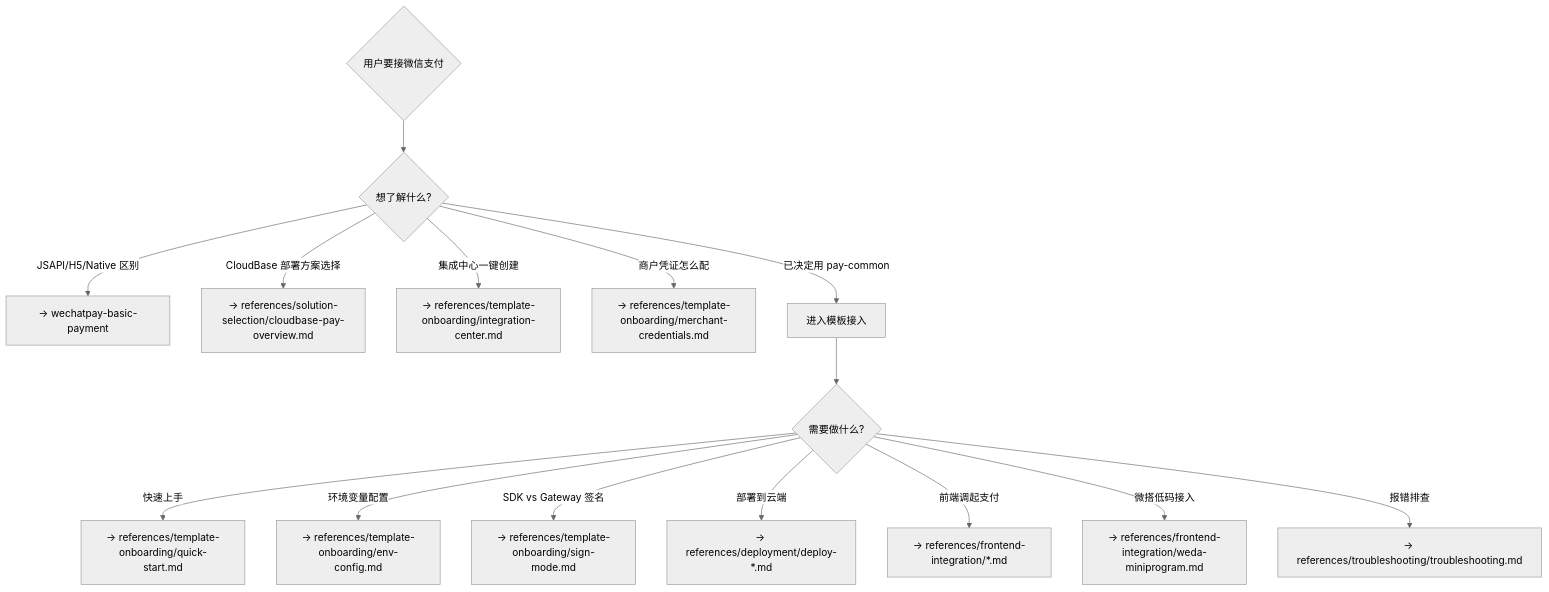
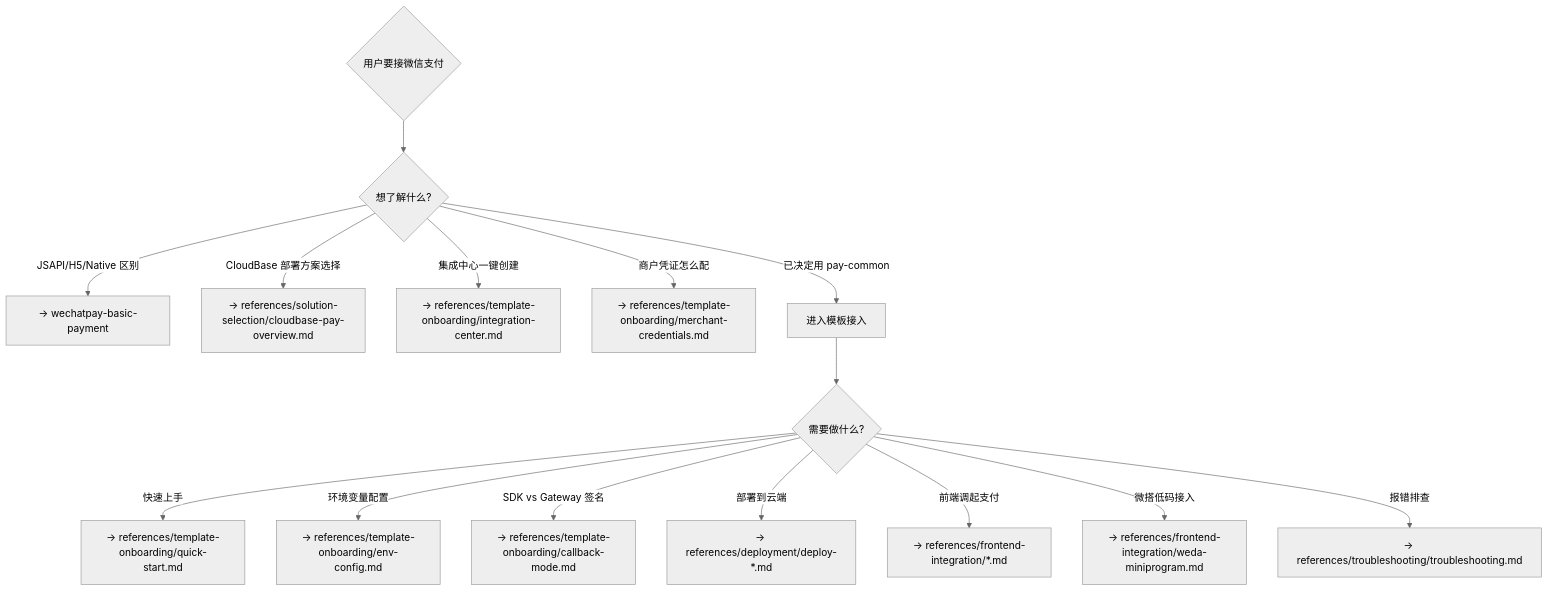
Before and after one commit to TencentCloudBase/awesome-cloudbase-examples: the diagram in integration/cloudbase-wx-pay/skill/cloudbase-wechatpay/SKILL.md, drawn with Mermaid (neutral theme). The commit also changed other lines of this file and 31 other files, not shown here.

First line of the commit message:
refactor(cloudbase-wx-pay): 删除 signMode，回调由谁验签只认平台注入的 notifyURLCallbackType

````diff
--- a/integration/cloudbase-wx-pay/skill/cloudbase-wechatpay/SKILL.md
+++ b/integration/cloudbase-wx-pay/skill/cloudbase-wechatpay/SKILL.md
@@ -79,17 +79,17 @@
 ```mermaid
 graph TD
     A{用户要接微信支付} --> B{想了解什么?}
     B -->|JSAPI/H5/Native 区别| C[→ wechatpay-basic-payment]
     B -->|CloudBase 部署方案选择| D[→ references/solution-selection/cloudbase-pay-overview.md]
     B -->|集成中心一键创建| IC[→ references/template-onboarding/integration-center.md]
     B -->|商户凭证怎么配| M[→ references/template-onboarding/merchant-credentials.md]
     B -->|已决定用 pay-common| E[进入模板接入]
     E --> F{需要做什么?}
     F -->|快速上手| G[→ references/template-onboarding/quick-start.md]
     F -->|环境变量配置| H[→ references/template-onboarding/env-config.md]
-    F -->|SDK vs Gateway 签名| I[→ references/template-onboarding/sign-mode.md]
+    F -->|SDK vs Gateway 签名| I[→ references/template-onboarding/callback-mode.md]
     F -->|部署到云端| J[→ references/deployment/deploy-*.md]
     F -->|前端调起支付| K[→ references/frontend-integration/*.md]
     F -->|微搭低码接入| W[→ references/frontend-integration/weda-miniprogram.md]
     F -->|报错排查| L[→ references/troubleshooting/troubleshooting.md]
 ```
````
